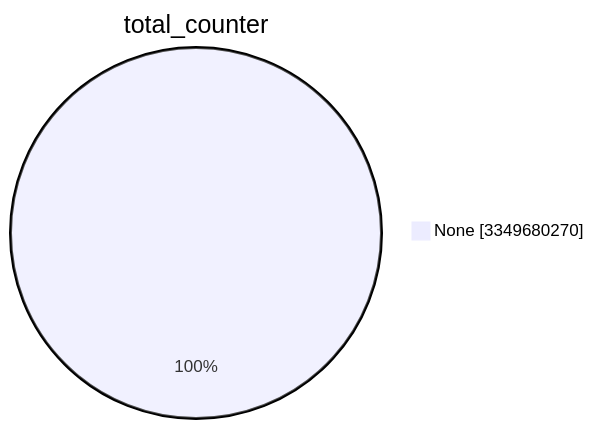
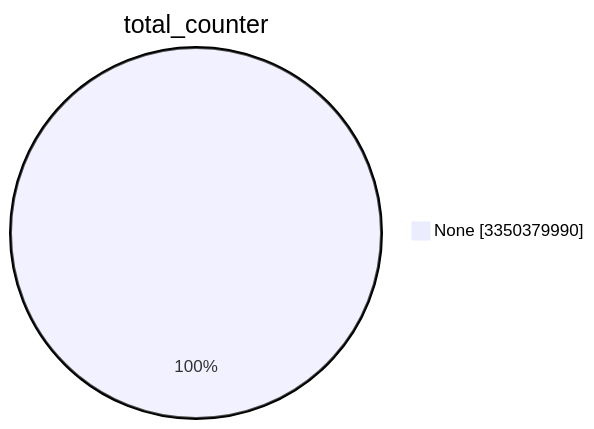
Before and after one commit to christiankrug/ctmonitor_visualization: the first of 15 diagrams in TOTAL/README.md, drawn with Mermaid. The commit also changed other lines of this file, not shown here.

````diff
--- a/TOTAL/README.md
+++ b/TOTAL/README.md
@@ -1,5 +1,5 @@
 ```mermaid
 pie showData
 title total_counter
-"None" :3349680270
+"None" :3350379990
 ```
````
